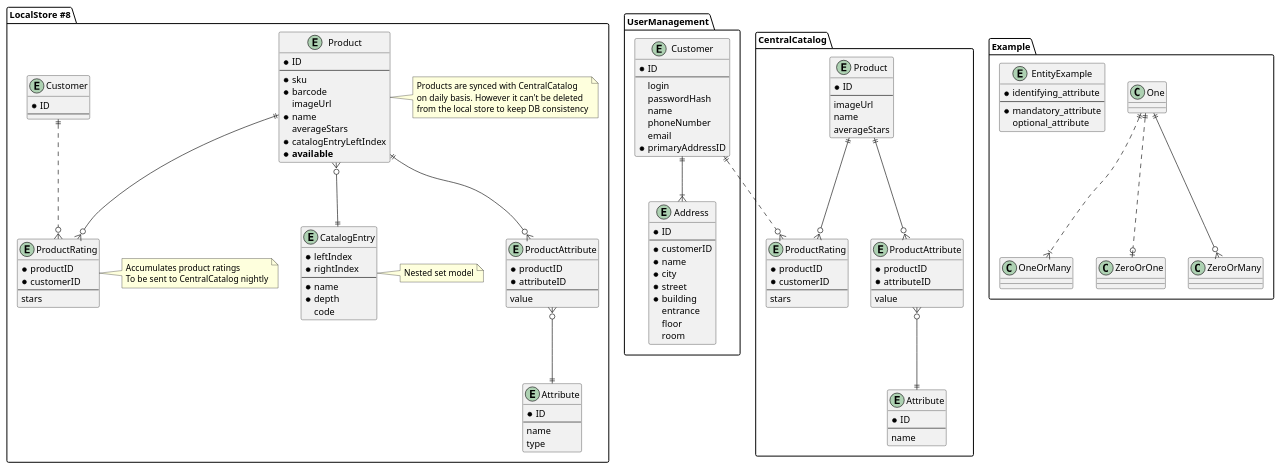
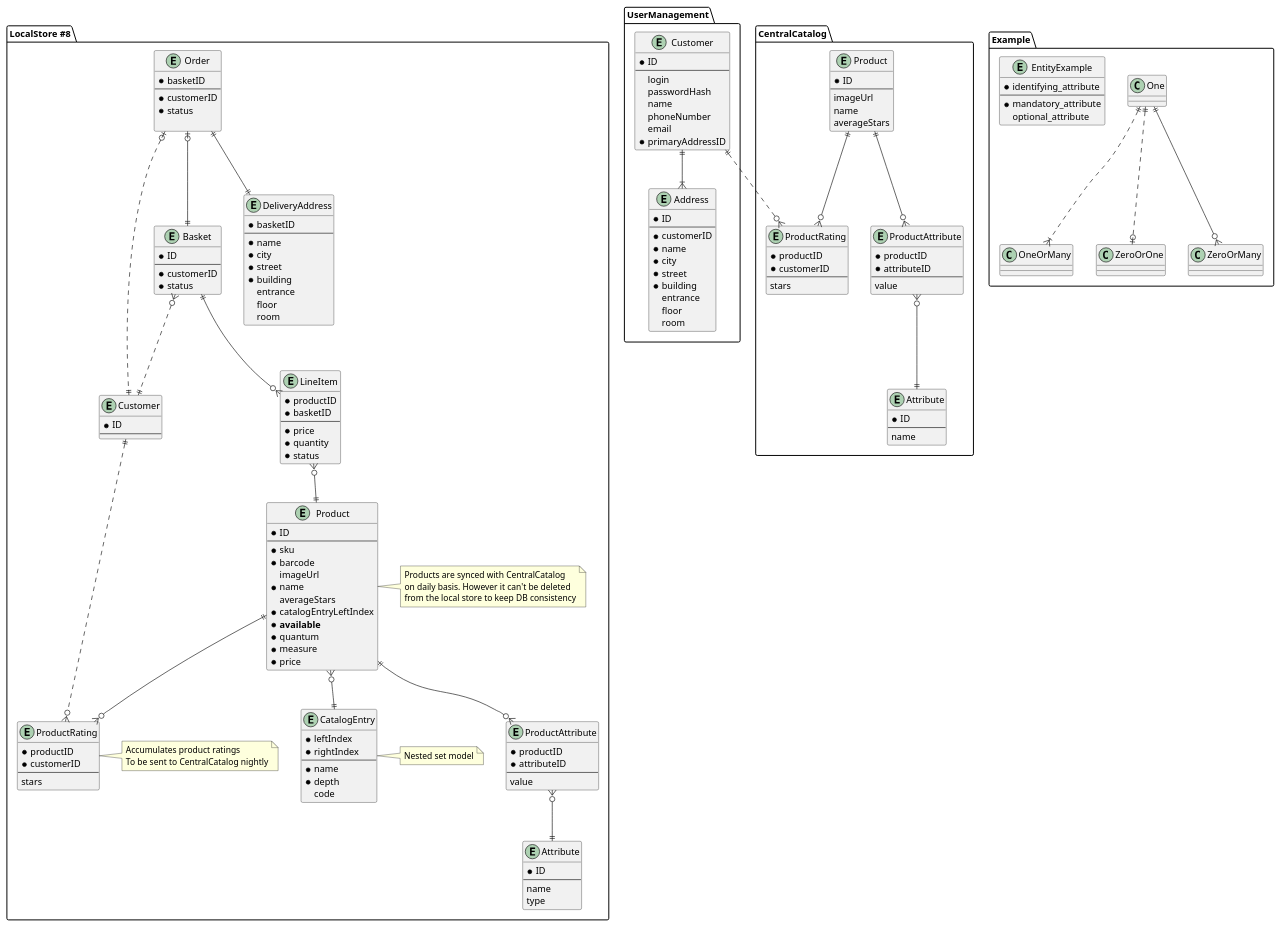
Before and after one commit to martosvadim/e: the diagram in erd.puml, drawn with PlantUML.

Commit message:
Order & Basket

```diff
--- a/erd.puml
+++ b/erd.puml
@@ -1,147 +1,194 @@
 @startuml
 
 package UserManagement {
     entity Customer {
         * ID
         --
         login
         passwordHash
         name
         phoneNumber
         email
         * primaryAddressID
     }
 
     entity Address {
         * ID
         --
         * customerID
         * name
         * city
         * street
         * building
         entrance
         floor
         room
     }
 }
 
 package CentralCatalog {
     entity Product {
         * ID
         --
         imageUrl
         name
         averageStars
     }
 
     entity ProductRating {
         * productID
         * customerID
         --
         stars
     }
 
     entity Attribute {
         * ID
         --
         name
     }
 
     entity ProductAttribute {
         * productID
         * attributeID
         --
         value
     }
 }
 
 package "LocalStore #8" {
     entity "Product" as LocalProduct {
         * ID
         --
         * sku
         * barcode
         imageUrl
         * name
         averageStars
         * catalogEntryLeftIndex
         * **available**
+        * quantum
+        * measure
+        * price
     }
 
     note right of LocalProduct {
         Products are synced with CentralCatalog
         on daily basis. However it can't be deleted
         from the local store to keep DB consistency
     }
 
     entity "Customer" as LocalCustomer {
         * ID
         --
     }
 
     entity "ProductRating" as LocalProductRating {
         * productID
         * customerID
         --
         stars
     }
 
     note right of LocalProductRating {
         Accumulates product ratings
         To be sent to CentralCatalog nightly
     }
 
     entity "Attribute" as LocalAttribute {
         * ID
         --
         name
         type
     }
 
     entity "ProductAttribute" as LocalProductAttribute {
         * productID
         * attributeID
         --
         value
     }
 
     entity "CatalogEntry" as LocalCatalogEntry {
         * leftIndex
         * rightIndex
         --
         * name
         * depth
         code
     }
 
     note right of LocalCatalogEntry  {
         Nested set model
     }
+
+    entity "LineItem" as LocalLineItem {
+        * productID
+        * basketID
+        --
+        * price
+        * quantity
+        * status
+    }
+
+    entity "Basket" as LocalBasket {
+        * ID
+        --
+        * customerID
+        * status
+    }
+
+    entity "Order" as LocalOrder {
+        * basketID
+        --
+        * customerID
+        * status
+
+    }
+
+    entity "DeliveryAddress" as LocalDeliveryAddress {
+        * basketID
+        --
+        * name
+        * city
+        * street
+        * building
+        entrance
+        floor
+        room
+    }
 }
 
 Product ||--o{ ProductRating
 Product ||--o{ ProductAttribute
 ProductAttribute }o--|| Attribute
 Customer ||..o{ ProductRating
 Customer ||--|{ Address
 
 LocalProduct ||--o{ LocalProductRating
 LocalProduct ||--o{ LocalProductAttribute
 LocalProductAttribute }o--|| LocalAttribute
 LocalCustomer ||..o{ LocalProductRating
 LocalProduct }o--|| LocalCatalogEntry
+LocalOrder |o--|| LocalBasket
+LocalOrder |o..|| LocalCustomer
+
+LocalBasket }o..|| LocalCustomer
+LocalBasket ||--o{ LocalLineItem
+LocalLineItem }o--|| LocalProduct
+LocalOrder ||--|| LocalDeliveryAddress
+
 
 package Example {
     One ||..|{ OneOrMany
     One ||..o| ZeroOrOne
     One ||--o{ ZeroOrMany
 
     entity EntityExample {
         * identifying_attribute
         --
         * mandatory_attribute
         optional_attribute
     }
 }
 @enduml
```
